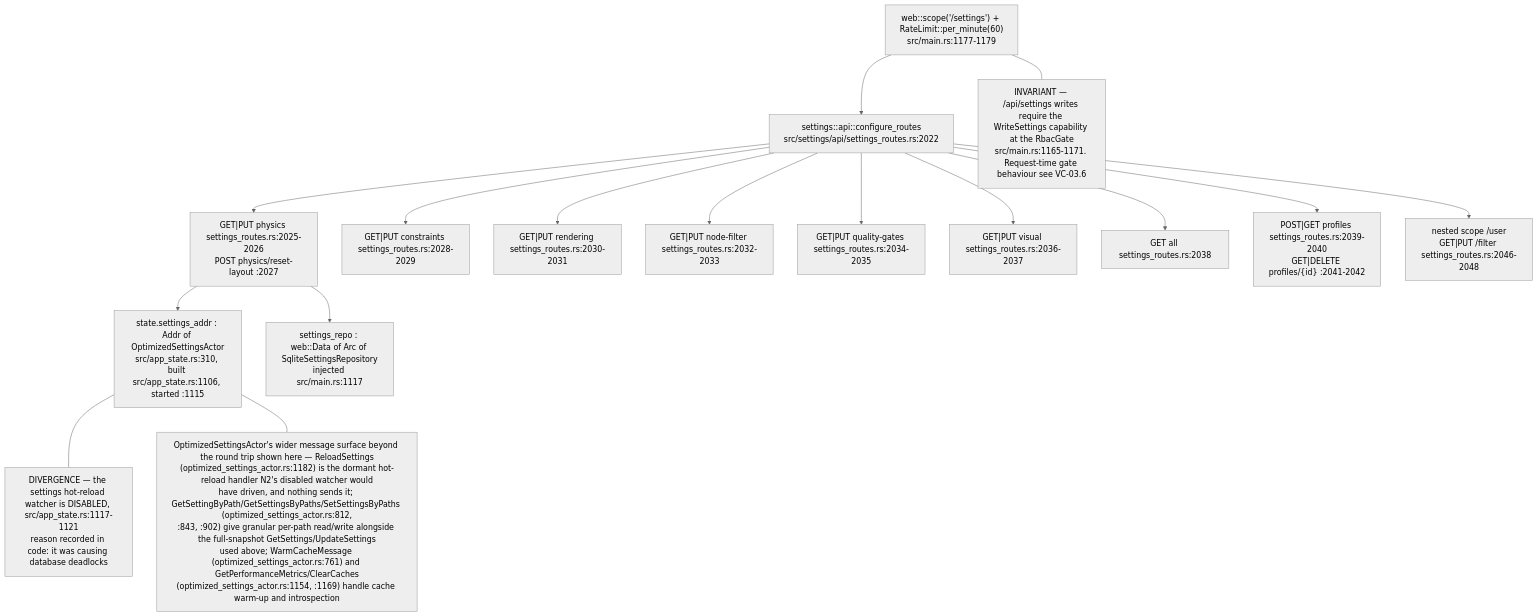
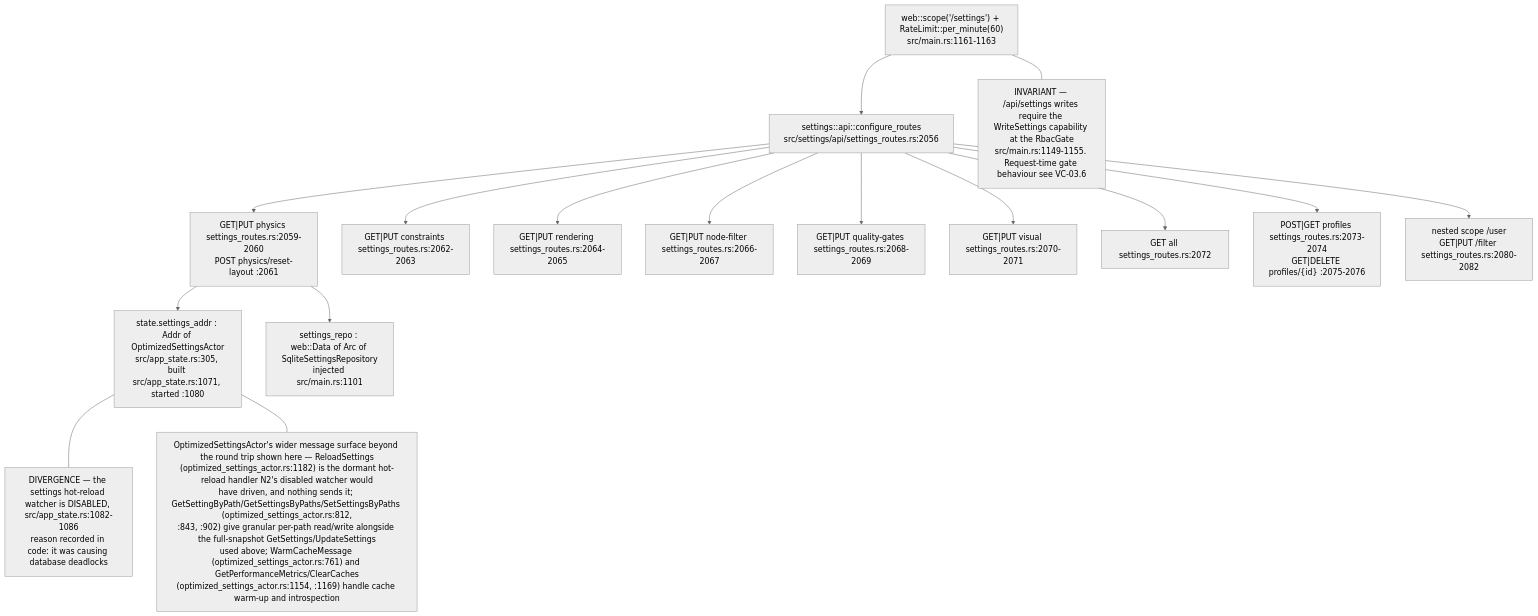
One commit to DreamLab-AI/VisionFlow changed the first of 9 diagrams in docs/diagrams/visionclaw/06-settings-round-trip.md. Above: the diagram before and after it, drawn with Mermaid (neutral theme). The commit also changed other lines of this file and 7 other files, not shown here.

````diff
--- a/docs/diagrams/visionclaw/06-settings-round-trip.md
+++ b/docs/diagrams/visionclaw/06-settings-round-trip.md
@@ -57,24 +53,24 @@
 ```mermaid
 flowchart TB
-    S["web::scope('/settings') + RateLimit::per_minute(60)<br/>src/main.rs:1177-1179"]
-    S --> CFG["settings::api::configure_routes<br/>src/settings/api/settings_routes.rs:2022"]
-    CFG --> P["GET|PUT physics settings_routes.rs:2025-2026<br/>POST physics/reset-layout :2027"]
-    CFG --> C["GET|PUT constraints settings_routes.rs:2028-2029"]
-    CFG --> R["GET|PUT rendering settings_routes.rs:2030-2031"]
-    CFG --> NF["GET|PUT node-filter settings_routes.rs:2032-2033"]
-    CFG --> QG["GET|PUT quality-gates settings_routes.rs:2034-2035"]
-    CFG --> V["GET|PUT visual settings_routes.rs:2036-2037"]
-    CFG --> AL["GET all settings_routes.rs:2038"]
-    CFG --> PR["POST|GET profiles settings_routes.rs:2039-2040<br/>GET|DELETE profiles/{id} :2041-2042"]
-    CFG --> U["nested scope /user<br/>GET|PUT /filter settings_routes.rs:2046-2048"]
-    ACT["state.settings_addr : Addr of OptimizedSettingsActor<br/>src/app_state.rs:310, built src/app_state.rs:1106, started :1115"]
-    REPO["settings_repo : web::Data of Arc of SqliteSettingsRepository<br/>injected src/main.rs:1117"]
+    S["web::scope('/settings') + RateLimit::per_minute(60)<br/>src/main.rs:1161-1163"]
+    S --> CFG["settings::api::configure_routes<br/>src/settings/api/settings_routes.rs:2056"]
+    CFG --> P["GET|PUT physics settings_routes.rs:2059-2060<br/>POST physics/reset-layout :2061"]
+    CFG --> C["GET|PUT constraints settings_routes.rs:2062-2063"]
+    CFG --> R["GET|PUT rendering settings_routes.rs:2064-2065"]
+    CFG --> NF["GET|PUT node-filter settings_routes.rs:2066-2067"]
+    CFG --> QG["GET|PUT quality-gates settings_routes.rs:2068-2069"]
+    CFG --> V["GET|PUT visual settings_routes.rs:2070-2071"]
+    CFG --> AL["GET all settings_routes.rs:2072"]
+    CFG --> PR["POST|GET profiles settings_routes.rs:2073-2074<br/>GET|DELETE profiles/{id} :2075-2076"]
+    CFG --> U["nested scope /user<br/>GET|PUT /filter settings_routes.rs:2080-2082"]
+    ACT["state.settings_addr : Addr of OptimizedSettingsActor<br/>src/app_state.rs:305, built src/app_state.rs:1071, started :1080"]
+    REPO["settings_repo : web::Data of Arc of SqliteSettingsRepository<br/>injected src/main.rs:1101"]
     P --> ACT
     P --> REPO
-    N1["INVARIANT — /api/settings writes require the WriteSettings capability at the RbacGate<br/>src/main.rs:1165-1171. Request-time gate behaviour see VC-03.6"]
+    N1["INVARIANT — /api/settings writes require the WriteSettings capability at the RbacGate<br/>src/main.rs:1149-1155. Request-time gate behaviour see VC-03.6"]
     S --- N1
-    N2["DIVERGENCE — the settings hot-reload watcher is DISABLED, src/app_state.rs:1117-1121<br/>reason recorded in code: it was causing database deadlocks"]
+    N2["DIVERGENCE — the settings hot-reload watcher is DISABLED, src/app_state.rs:1082-1086<br/>reason recorded in code: it was causing database deadlocks"]
     ACT --- N2
     N3["OptimizedSettingsActor's wider message surface beyond the round trip shown here — ReloadSettings<br/>(optimized_settings_actor.rs:1182) is the dormant hot-reload handler N2's disabled watcher would<br/>have driven, and nothing sends it; GetSettingByPath/GetSettingsByPaths/SetSettingsByPaths (optimized_settings_actor.rs:812,<br/>:843, :902) give granular per-path read/write alongside the full-snapshot GetSettings/UpdateSettings<br/>used above; WarmCacheMessage (optimized_settings_actor.rs:761) and GetPerformanceMetrics/ClearCaches<br/>(optimized_settings_actor.rs:1154, :1169) handle cache warm-up and introspection"]
     ACT --- N3
 ```
````
